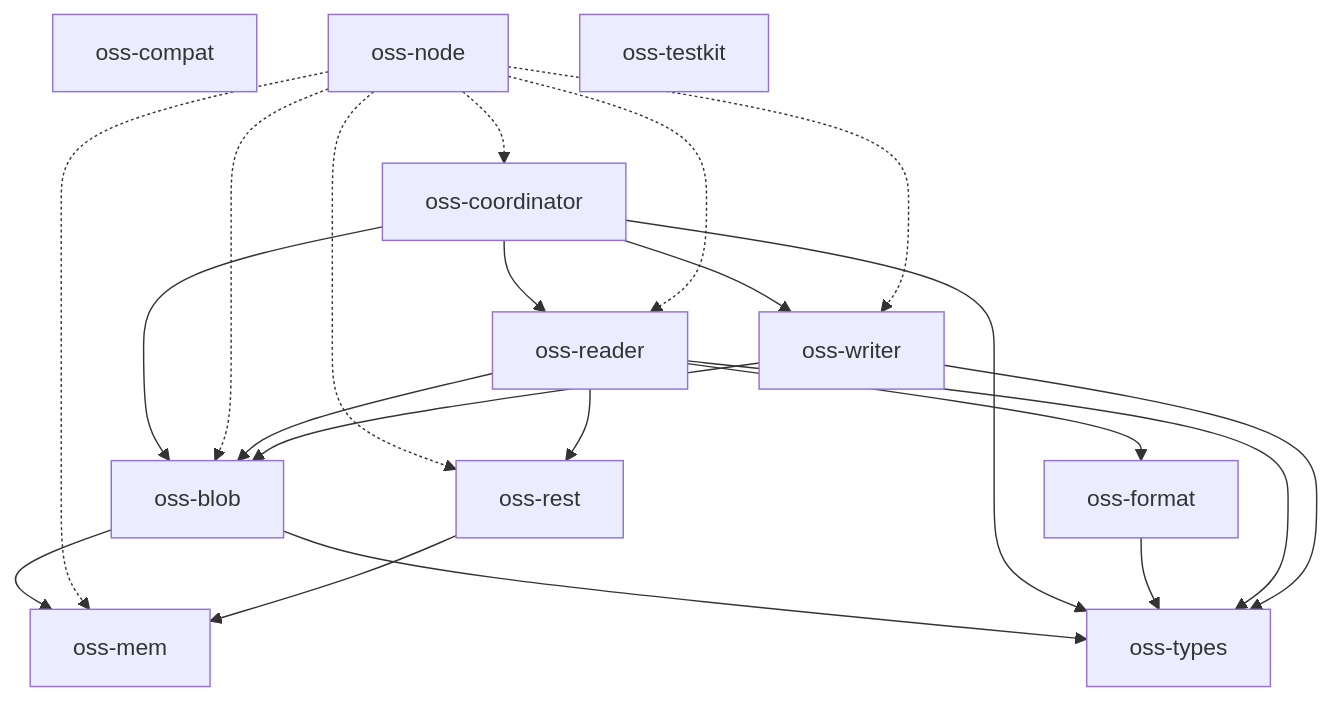
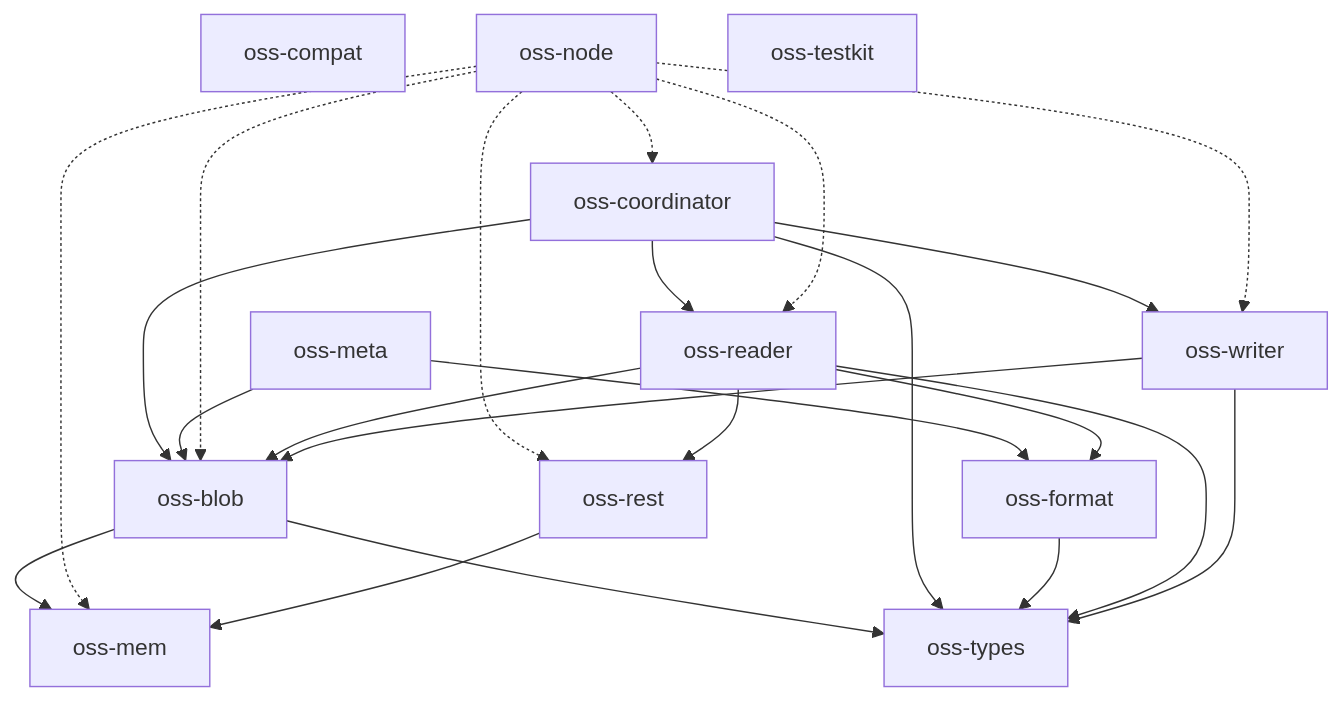
The diagram in docs/architecture.md (huyz0/opensearch-serverless), drawn with Mermaid before and after one commit. The commit also changed other lines of this file and 36 other files, not shown here.

````diff
--- a/docs/architecture.md
+++ b/docs/architecture.md
@@ -10,27 +10,29 @@
 ```mermaid
 graph TD
     oss-blob --> oss-mem
     oss-blob --> oss-types
     oss-compat
     oss-coordinator --> oss-blob
     oss-coordinator --> oss-reader
     oss-coordinator --> oss-types
     oss-coordinator --> oss-writer
     oss-format --> oss-types
     oss-mem
+    oss-meta --> oss-blob
+    oss-meta --> oss-format
     oss-node -.-> oss-blob
     oss-node -.-> oss-coordinator
     oss-node -.-> oss-mem
     oss-node -.-> oss-reader
     oss-node -.-> oss-rest
     oss-node -.-> oss-writer
     oss-reader --> oss-blob
     oss-reader --> oss-format
     oss-reader --> oss-rest
     oss-reader --> oss-types
     oss-rest --> oss-mem
     oss-testkit
     oss-types
     oss-writer --> oss-blob
     oss-writer --> oss-types
 ```
````
